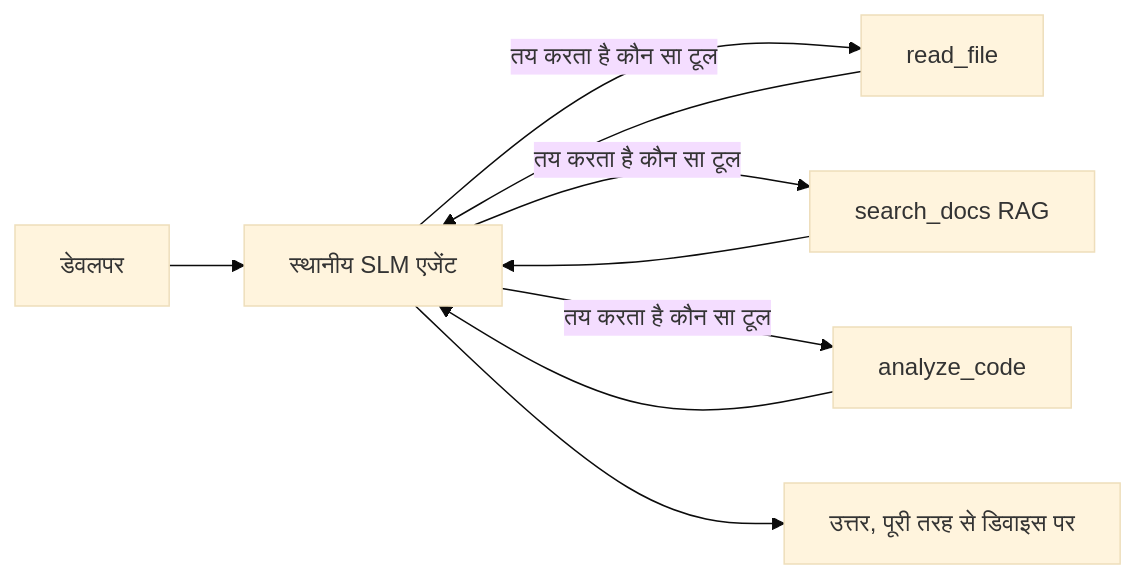
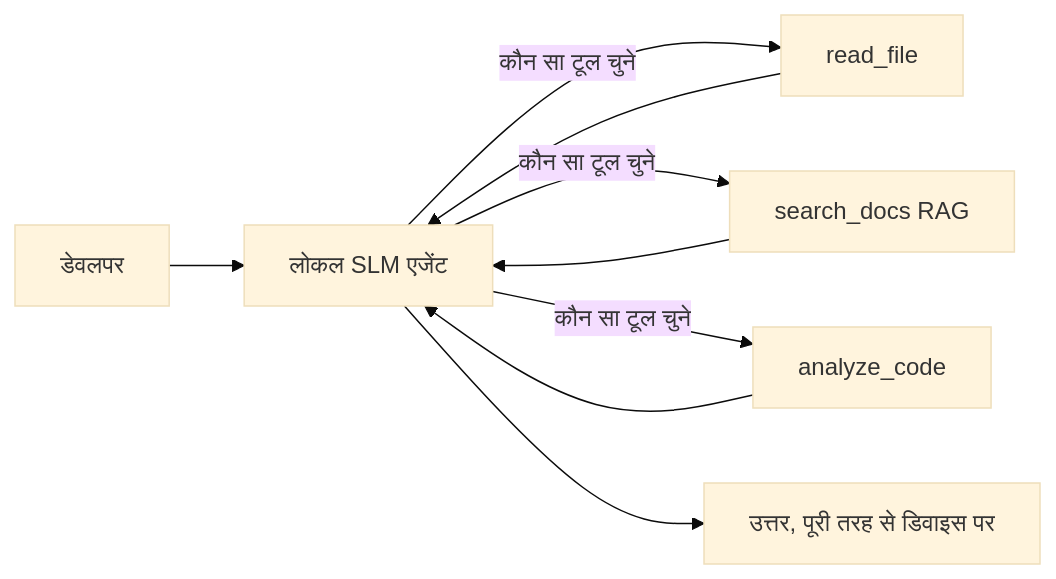
One commit to gabrielmoreira/agent-skills-mirror changed the first of 4 diagrams in mirrors/repos/microsoft@ai-agents-for-beginners/translations/hi/17-creating-local-ai-agents/README.md. Above: the diagram before and after it, drawn with Mermaid (base theme). The commit also changed other lines of this file and 4262 other files, not shown here.

````diff
--- a/mirrors/repos/microsoft@ai-agents-for-beginners/translations/hi/17-creating-local-ai-agents/README.md
+++ b/mirrors/repos/microsoft@ai-agents-for-beginners/translations/hi/17-creating-local-ai-agents/README.md
@@ -66,11 +66,11 @@
 ```mermaid
 flowchart LR
-    U[डेवलपर] --> A[स्थानीय SLM एजेंट]
-    A -->|तय करता है कौन सा टूल| T1[read_file]
-    A -->|तय करता है कौन सा टूल| T2[search_docs RAG]
-    A -->|तय करता है कौन सा टूल| T3[analyze_code]
+    U[डेवलपर] --> A[लोकल SLM एजेंट]
+    A -->|कौन सा टूल चुने| T1[read_file]
+    A -->|कौन सा टूल चुने| T2[search_docs RAG]
+    A -->|कौन सा टूल चुने| T3[analyze_code]
     T1 --> A
     T2 --> A
     T3 --> A
     A --> R[उत्तर, पूरी तरह से डिवाइस पर]
 ```
````
